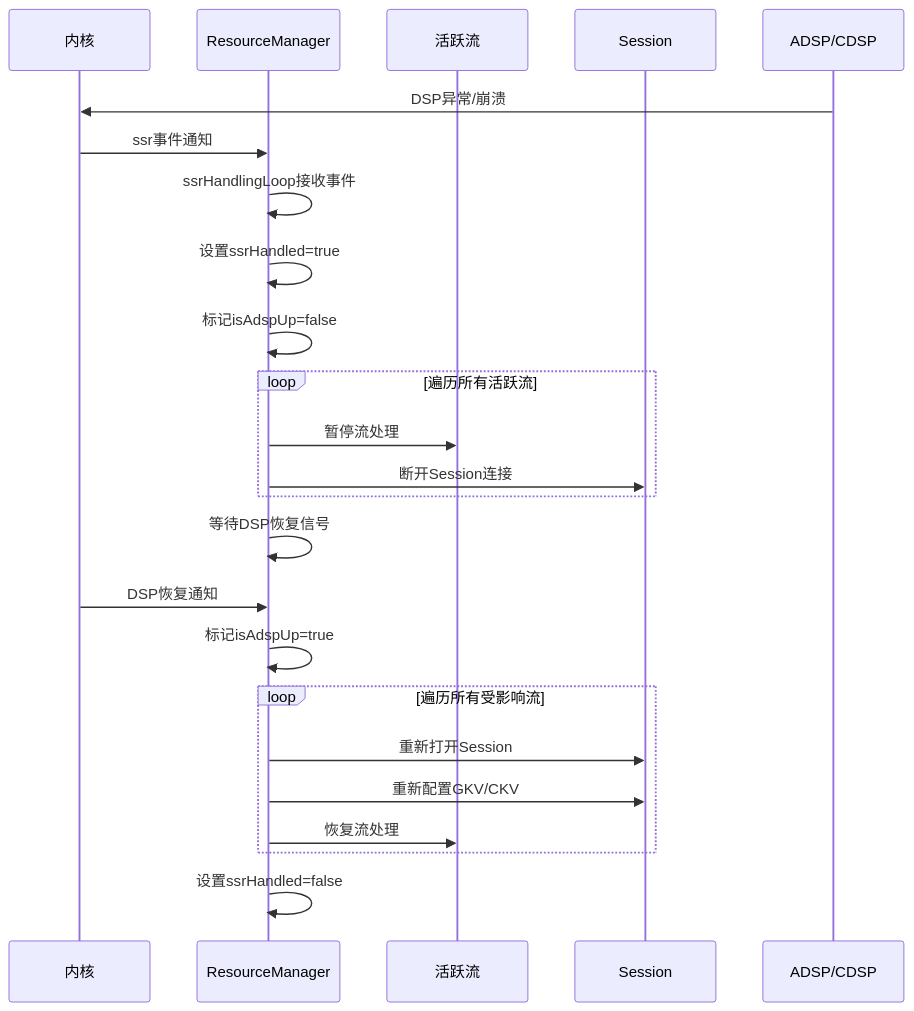
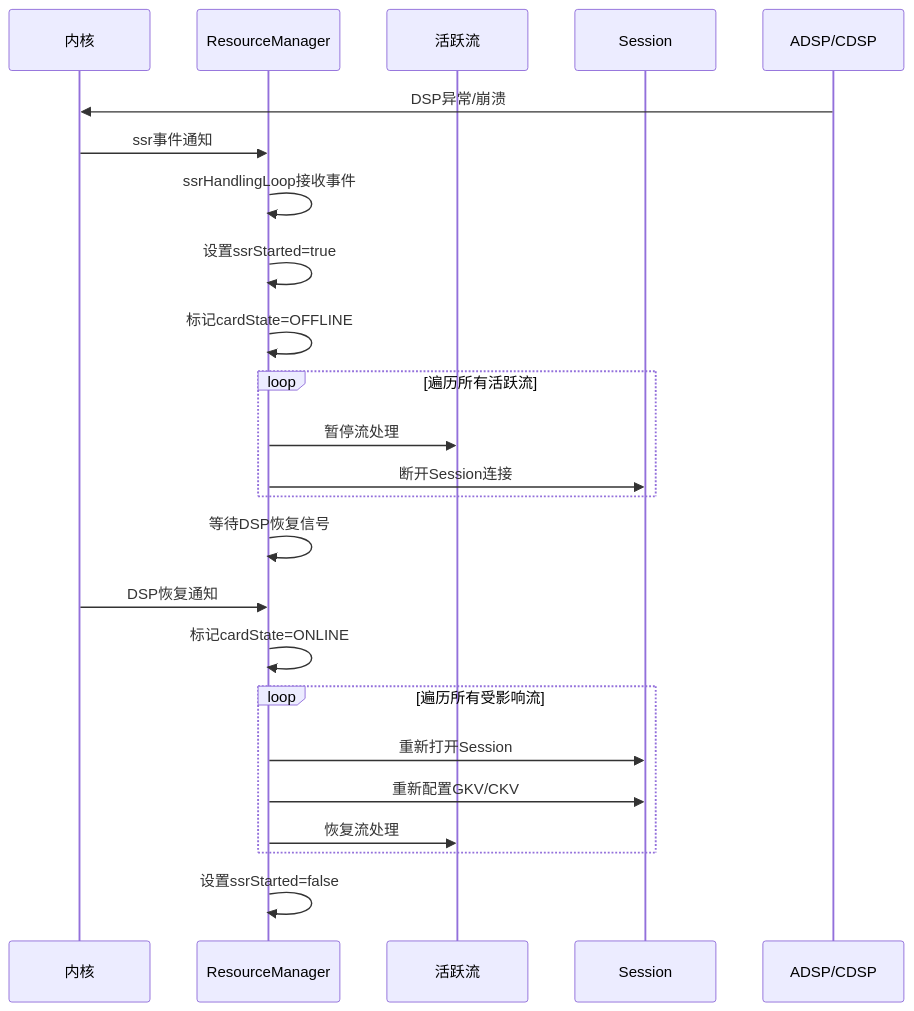
The fourth of 5 diagrams in 15_PAL_Architecture/15_15.6_ResourceManager-PAL核心管理模块.md (yanglinzhen1022/SA8295_AAOS_QNX_Audio_KnowledgeBase), drawn with Mermaid before and after one commit. The commit also changed other lines of this file and 48 other files, not shown here.

````diff
--- a/15_PAL_Architecture/15_15.6_ResourceManager-PAL核心管理模块.md
+++ b/15_PAL_Architecture/15_15.6_ResourceManager-PAL核心管理模块.md
@@ -352,31 +376,31 @@
 ```mermaid
 sequenceDiagram
     participant Kernel as 内核
     participant RM as ResourceManager
     participant Stream as 活跃流
     participant Session as Session
     participant DSP as ADSP/CDSP
 
     DSP->>Kernel: DSP异常/崩溃
     Kernel->>RM: ssr事件通知
     RM->>RM: ssrHandlingLoop接收事件
-    RM->>RM: 设置ssrHandled=true
-    RM->>RM: 标记isAdspUp=false
+    RM->>RM: 设置ssrStarted=true
+    RM->>RM: 标记cardState=OFFLINE
 
     loop 遍历所有活跃流
         RM->>Stream: 暂停流处理
         RM->>Session: 断开Session连接
     end
 
     RM->>RM: 等待DSP恢复信号
     Kernel->>RM: DSP恢复通知
-    RM->>RM: 标记isAdspUp=true
+    RM->>RM: 标记cardState=ONLINE
 
     loop 遍历所有受影响流
         RM->>Session: 重新打开Session
         RM->>Session: 重新配置GKV/CKV
         RM->>Stream: 恢复流处理
     end
 
-    RM->>RM: 设置ssrHandled=false
+    RM->>RM: 设置ssrStarted=false
 ```
````
